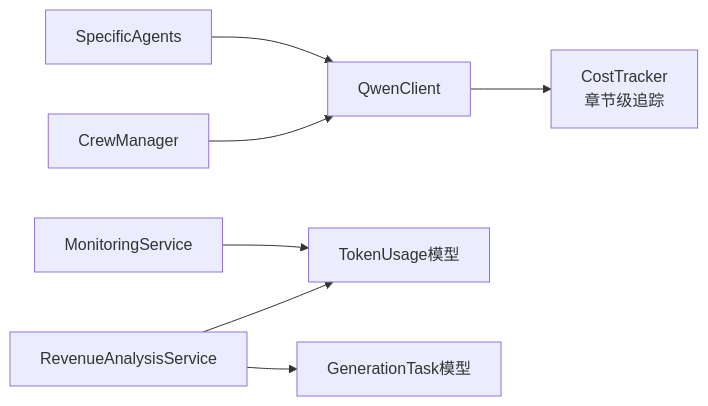
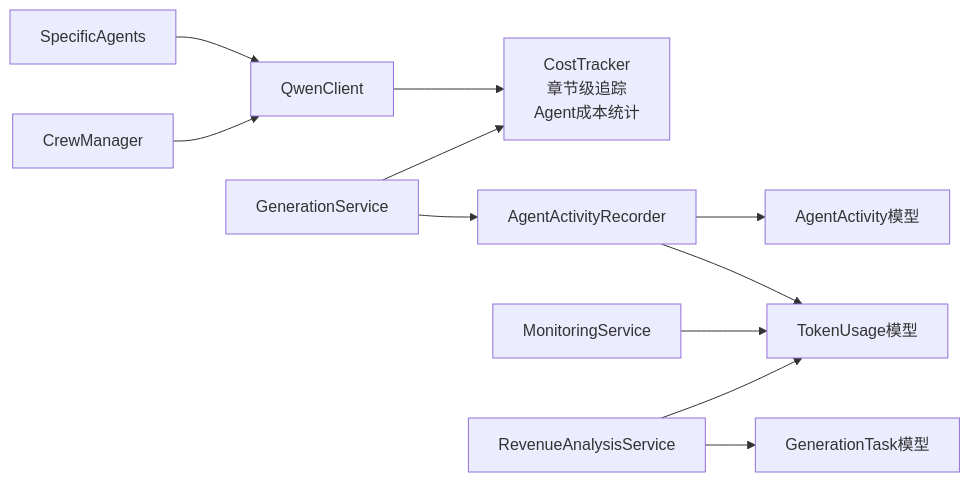
One commit to xfbyxq/ai-novel-system changed the eighth of 8 diagrams in .qoder/repowiki/zh/content/LLM集成架构/成本追踪系统.md. Above: the diagram before and after it, drawn with Mermaid. The commit also changed other lines of this file and 5 other files, not shown here.

````diff
--- a/.qoder/repowiki/zh/content/LLM集成架构/成本追踪系统.md
+++ b/.qoder/repowiki/zh/content/LLM集成架构/成本追踪系统.md
@@ -326,9 +399,13 @@
 ```mermaid
 graph LR
 SpecificAgents["SpecificAgents"] --> QwenClient["QwenClient"]
 CrewManager["CrewManager"] --> QwenClient
-QwenClient --> CostTracker["CostTracker<br/>章节级追踪"]
-MonitoringService["MonitoringService"] --> TokenUsage["TokenUsage模型"]
+QwenClient --> CostTracker["CostTracker<br/>章节级追踪<br/>Agent成本统计"]
+GenerationService["GenerationService"] --> CostTracker
+GenerationService --> AgentActivityRecorder["AgentActivityRecorder"]
+AgentActivityRecorder --> TokenUsage["TokenUsage模型"]
+AgentActivityRecorder --> AgentActivity["AgentActivity模型"]
+MonitoringService["MonitoringService"] --> TokenUsage
 RevenueAnalysisService["RevenueAnalysisService"] --> TokenUsage
 RevenueAnalysisService --> GenerationTask["GenerationTask模型"]
 ```
````
